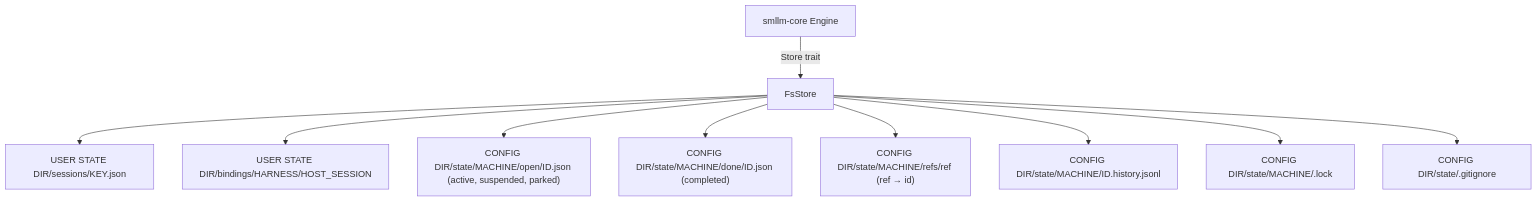
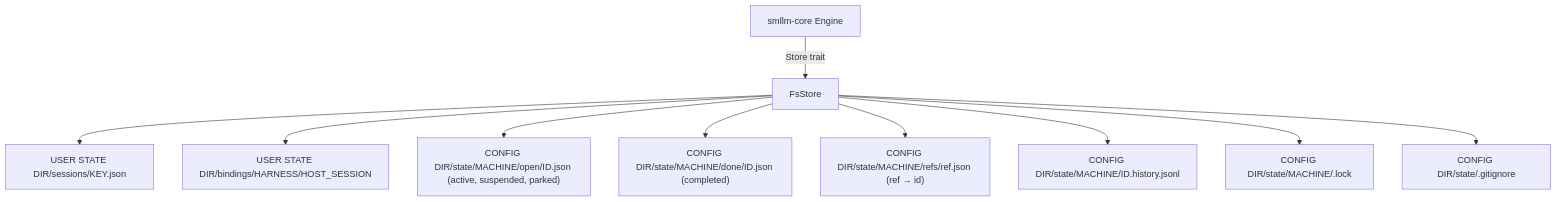
One commit to six5536/sllm changed the diagram in .zen/specs/DESIGN-STO-storage.md. Above: the diagram before and after it, drawn with Mermaid. The commit also changed other lines of this file and 3 other files, not shown here.

Commit message:
fix: ref markers are .json files, like the instances (PLAN-005)

````diff
--- a/.zen/specs/DESIGN-STO-storage.md
+++ b/.zen/specs/DESIGN-STO-storage.md
@@ -15,12 +15,12 @@
 ```mermaid
 flowchart TB
     Engine[smllm-core Engine] -->|Store trait| FsStore
     FsStore --> Sessions["USER STATE DIR/sessions/KEY.json"]
     FsStore --> Bindings["USER STATE DIR/bindings/HARNESS/HOST_SESSION"]
     FsStore --> Open["CONFIG DIR/state/MACHINE/open/ID.json (active, suspended, parked)"]
     FsStore --> Done["CONFIG DIR/state/MACHINE/done/ID.json (completed)"]
-    FsStore --> Refs["CONFIG DIR/state/MACHINE/refs/ref (ref → id)"]
+    FsStore --> Refs["CONFIG DIR/state/MACHINE/refs/ref.json (ref → id)"]
     FsStore --> Hist["CONFIG DIR/state/MACHINE/ID.history.jsonl"]
     FsStore --> Lock["CONFIG DIR/state/MACHINE/.lock"]
     FsStore --> Ignore["CONFIG DIR/state/.gitignore"]
 ```
````
